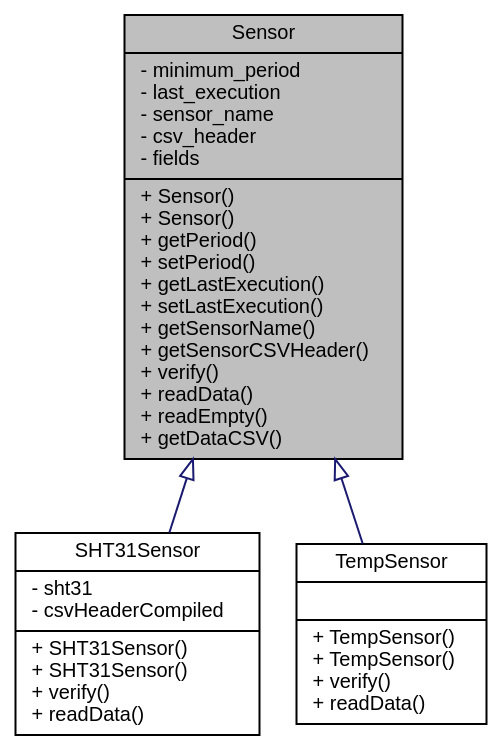
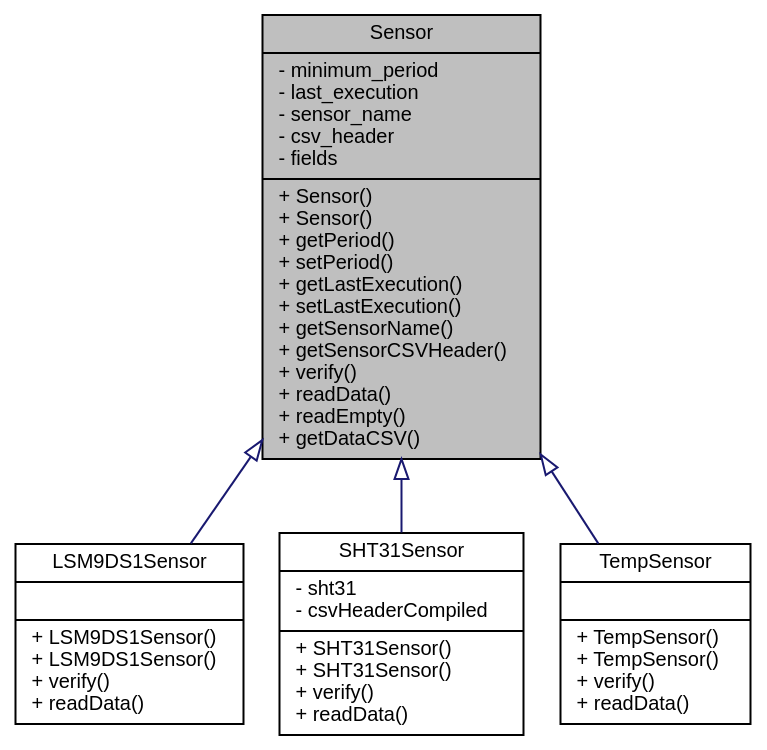
Before and after one commit to ASU-ASCEND/Fall-2024: the diagram in docs/classSensor__inherit__graph.dot, drawn with Graphviz. The commit also changed 56 other files, not shown here.

```diff
--- a/docs/classSensor__inherit__graph.dot
+++ b/docs/classSensor__inherit__graph.dot
@@ -1,13 +1,15 @@
 digraph "Sensor"
 {
  // INTERACTIVE_SVG=YES
  // LATEX_PDF_SIZE
   bgcolor="transparent";
   edge [fontname="Helvetica",fontsize="10",labelfontname="Helvetica",labelfontsize="10"];
   node [fontname="Helvetica",fontsize="10",shape=record];
   Node1 [label="{Sensor\n|- minimum_period\l- last_execution\l- sensor_name\l- csv_header\l- fields\l|+ Sensor()\l+ Sensor()\l+ getPeriod()\l+ setPeriod()\l+ getLastExecution()\l+ setLastExecution()\l+ getSensorName()\l+ getSensorCSVHeader()\l+ verify()\l+ readData()\l+ readEmpty()\l+ getDataCSV()\l}",height=0.2,width=0.4,color="black", fillcolor="grey75", style="filled", fontcolor="black",tooltip="Parent class for sensor objects."];
   Node1 -> Node2 [dir="back",color="midnightblue",fontsize="10",style="solid",arrowtail="onormal",fontname="Helvetica"];
-  Node2 [label="{SHT31Sensor\n|- sht31\l- csvHeaderCompiled\l|+ SHT31Sensor()\l+ SHT31Sensor()\l+ verify()\l+ readData()\l}",height=0.2,width=0.4,color="black",URL="$classSHT31Sensor.html",tooltip="Interfaces with SHT31 Sensor to collect temperature and humidity data."];
+  Node2 [label="{LSM9DS1Sensor\n||+ LSM9DS1Sensor()\l+ LSM9DS1Sensor()\l+ verify()\l+ readData()\l}",height=0.2,width=0.4,color="black",URL="$classLSM9DS1Sensor.html",tooltip=" "];
   Node1 -> Node3 [dir="back",color="midnightblue",fontsize="10",style="solid",arrowtail="onormal",fontname="Helvetica"];
-  Node3 [label="{TempSensor\n||+ TempSensor()\l+ TempSensor()\l+ verify()\l+ readData()\l}",height=0.2,width=0.4,color="black",URL="$classTempSensor.html",tooltip="Implementation of a Sensor for the onboard temperature sensor."];
+  Node3 [label="{SHT31Sensor\n|- sht31\l- csvHeaderCompiled\l|+ SHT31Sensor()\l+ SHT31Sensor()\l+ verify()\l+ readData()\l}",height=0.2,width=0.4,color="black",URL="$classSHT31Sensor.html",tooltip="Interfaces with SHT31 Sensor to collect temperature and humidity data."];
+  Node1 -> Node4 [dir="back",color="midnightblue",fontsize="10",style="solid",arrowtail="onormal",fontname="Helvetica"];
+  Node4 [label="{TempSensor\n||+ TempSensor()\l+ TempSensor()\l+ verify()\l+ readData()\l}",height=0.2,width=0.4,color="black",URL="$classTempSensor.html",tooltip="Implementation of a Sensor for the onboard temperature sensor."];
 }
```
